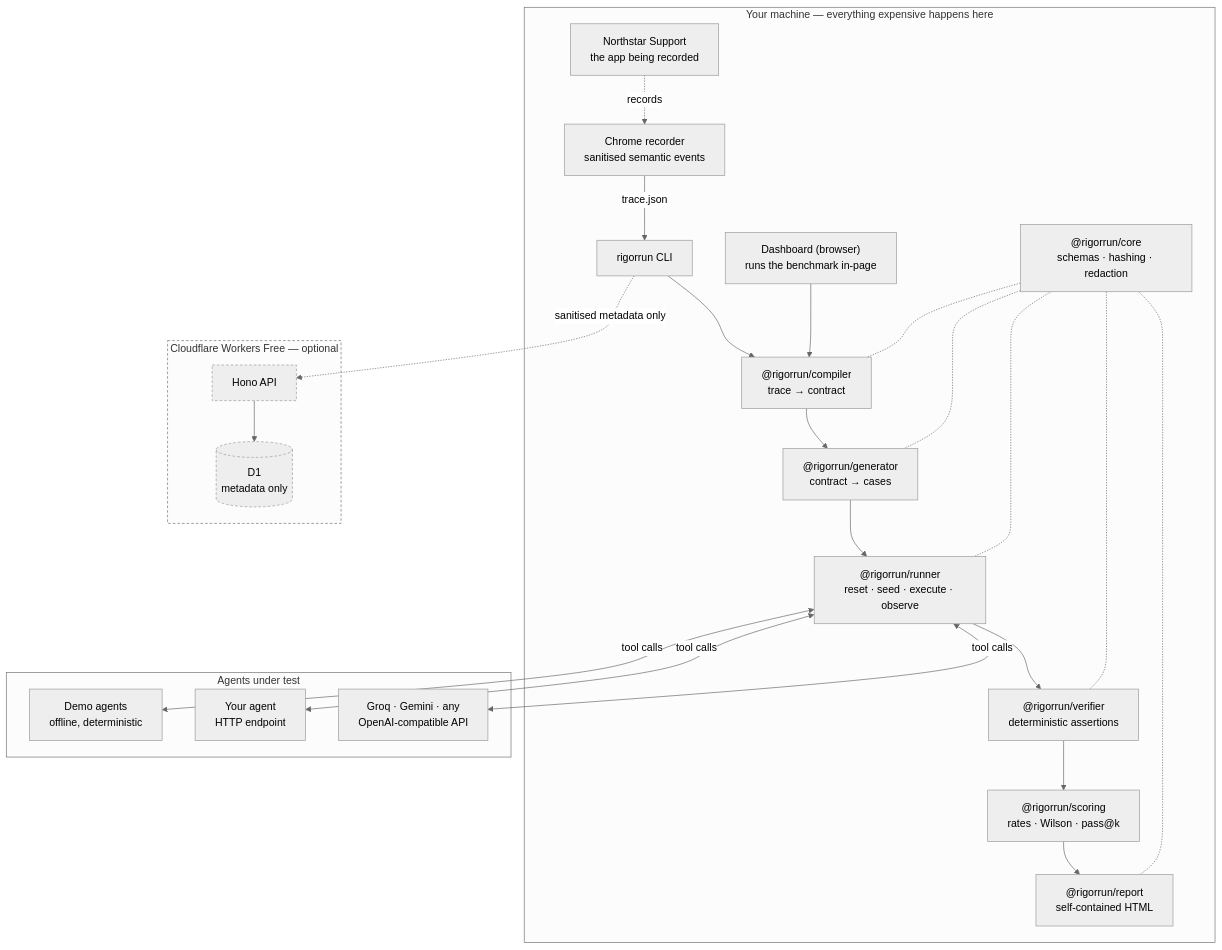
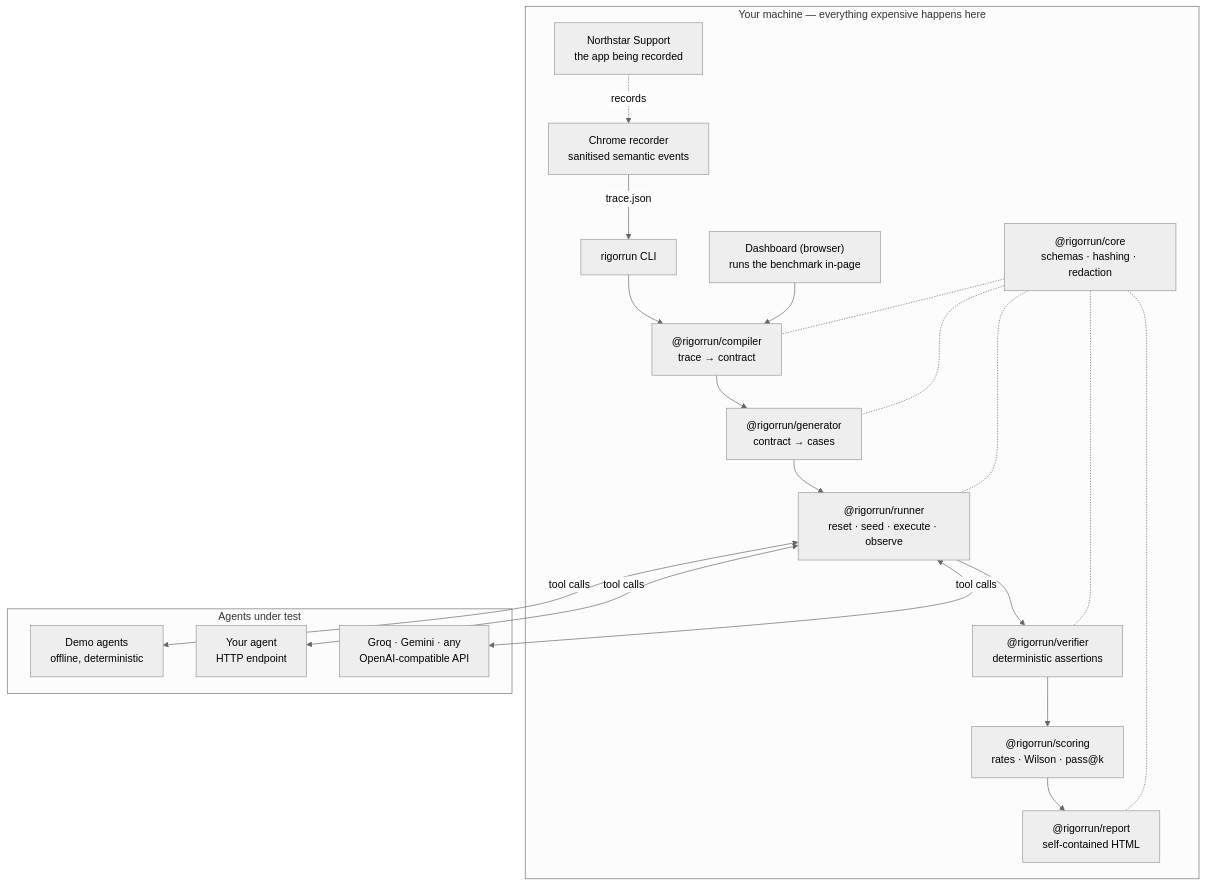
The diagram in README.md (Konuktor/rigorrun), drawn with Mermaid (neutral theme) before and after one commit. The commit also changed other lines of this file and 25 other files, not shown here.

````diff
--- a/README.md
+++ b/README.md
@@ -240,40 +239,31 @@
 ```mermaid
 flowchart TB
     subgraph local["Your machine — everything expensive happens here"]
         rec["Chrome recorder<br/>sanitised semantic events"]
         cli["rigorrun CLI"]
         dash["Dashboard (browser)<br/>runs the benchmark in-page"]
         crm["Northstar Support<br/>the app being recorded"]
 
         core["@rigorrun/core<br/>schemas · hashing · redaction"]
         comp["@rigorrun/compiler<br/>trace → contract"]
         gen["@rigorrun/generator<br/>contract → cases"]
         run["@rigorrun/runner<br/>reset · seed · execute · observe"]
         ver["@rigorrun/verifier<br/>deterministic assertions"]
         score["@rigorrun/scoring<br/>rates · Wilson · pass@k"]
         rep["@rigorrun/report<br/>self-contained HTML"]
     end
 
     subgraph agents["Agents under test"]
         demo["Demo agents<br/>offline, deterministic"]
         http["Your agent<br/>HTTP endpoint"]
         llm["Groq · Gemini · any<br/>OpenAI-compatible API"]
     end
 
-    subgraph cloud["Cloudflare Workers Free — optional"]
-        api["Hono API"]
-        d1[("D1<br/>metadata only")]
-    end
-
     rec -->|trace.json| cli
     crm -.records.-> rec
     cli --> comp --> gen --> run
     dash --> comp
     run --> ver --> score --> rep
     core -.- comp & gen & run & ver & rep
     run <-->|tool calls| demo & http & llm
-    cli -. "sanitised metadata only" .-> api --> d1
-
-    classDef cloudNode stroke-dasharray: 4 3;
-    class api,d1,cloud cloudNode;
 ```
````
